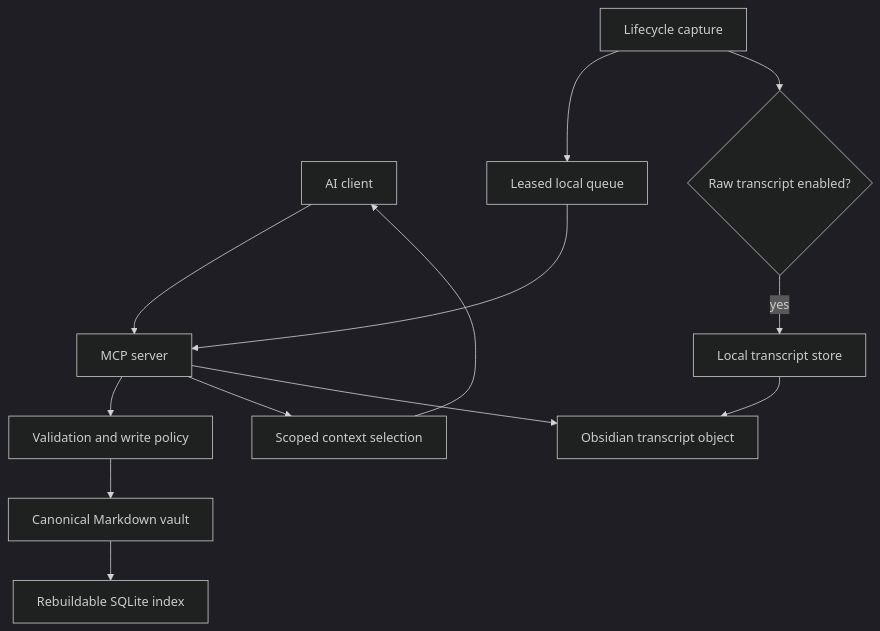
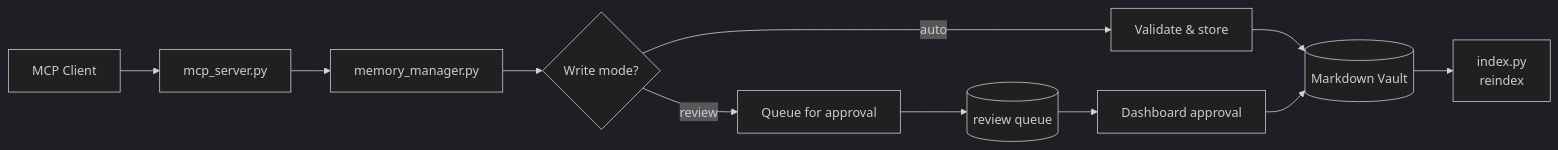
The third of 4 diagrams in ARCHITECTURE.md (vib28/ai-memory-hub), drawn with Mermaid (dark theme) before and after one commit. The commit also changed other lines of this file and 11 other files, not shown here.

````diff
--- a/ARCHITECTURE.md
+++ b/ARCHITECTURE.md
@@ -276,15 +123,13 @@
 ```mermaid
-flowchart TD
-    Client[AI client] --> MCP[MCP server]
-    MCP --> Policy[Validation and write policy]
-    Policy --> Vault[Canonical Markdown vault]
-    Vault --> Index[Rebuildable SQLite index]
-    MCP --> Context[Scoped context selection]
-    Context --> Client
-    Capture[Lifecycle capture] --> Queue[Leased local queue]
-    Queue --> MCP
-    Capture --> Transcript{Raw transcript enabled?}
-    Transcript -->|yes| TranscriptDB[Local transcript store]
-    TranscriptDB --> TranscriptMD[Obsidian transcript object]
-    MCP --> TranscriptMD
+flowchart LR
+    A[MCP Client] --> B[mcp_server.py]
+    B --> C[memory_manager.py]
+    C --> D{Write mode?}
+    D -->|auto| E[Validate & store]
+    D -->|review| F[Queue for approval]
+    E --> G[(Markdown Vault)]
+    F --> H[(review queue)]
+    G --> I[index.py<br/>reindex]
+    H --> J[Dashboard approval]
+    J --> G
 ```
````
